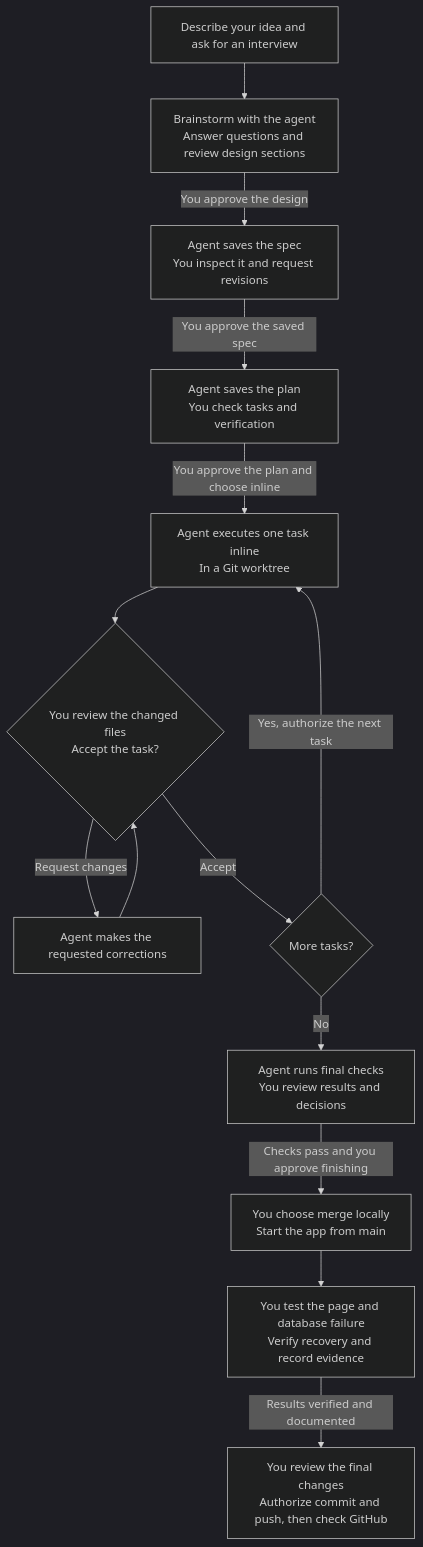
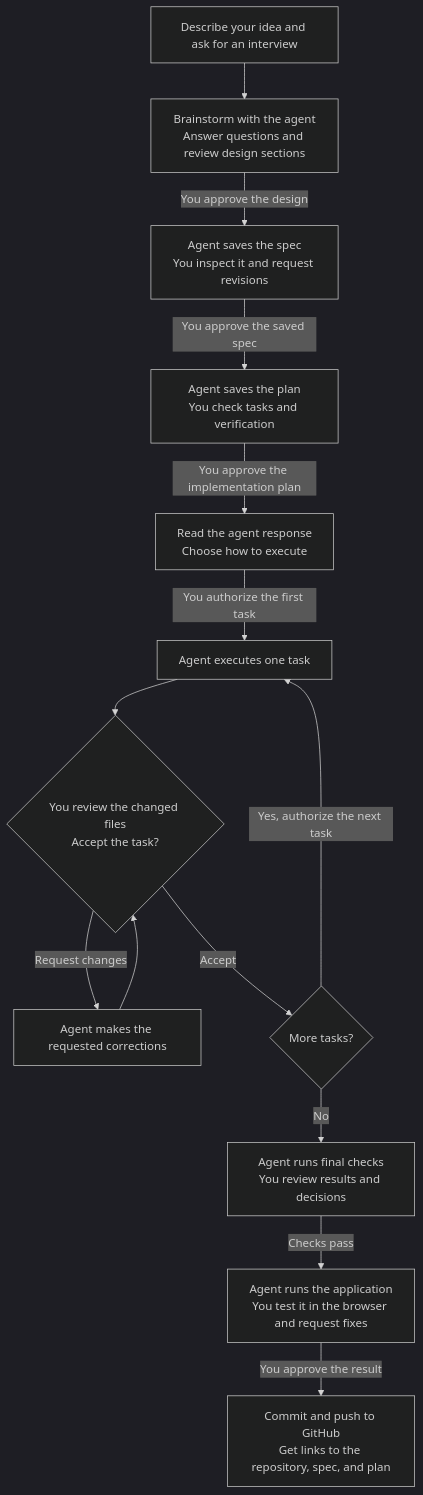
One commit to LMU-ISBA/isba-4775-fa26 changed the second of 2 diagrams in guides/resume-site-in-codespaces.md. Above: the diagram before and after it, drawn with Mermaid (dark theme). The commit also changed other lines of this file and 3 other files, not shown here.

Commit message:
Simplify Codespaces lesson and add browser review

````diff
--- a/guides/resume-site-in-codespaces.md
+++ b/guides/resume-site-in-codespaces.md
@@ -166,29 +195,29 @@
 ```mermaid
 flowchart TD
     idea["Describe your idea and ask for an interview"]
     design["Brainstorm with the agent<br/>Answer questions and review design sections"]
     spec["Agent saves the spec<br/>You inspect it and request revisions"]
     plan["Agent saves the plan<br/>You check tasks and verification"]
-    task["Agent executes one task inline<br/>In a Git worktree"]
+    execution["Read the agent response<br/>Choose how to execute"]
+    task["Agent executes one task"]
     review{"You review the changed files<br/>Accept the task?"}
     fix["Agent makes the requested corrections"]
     remaining{"More tasks?"}
     checks["Agent runs final checks<br/>You review results and decisions"]
-    merge["You choose merge locally<br/>Start the app from main"]
-    verify["You test the page and database failure<br/>Verify recovery and record evidence"]
-    publish["You review the final changes<br/>Authorize commit and push, then check GitHub"]
+    preview["Agent runs the application<br/>You test it in the browser and request fixes"]
+    publish["Commit and push to GitHub<br/>Get links to the repository, spec, and plan"]
 
     idea --> design
     design -->|You approve the design| spec
     spec -->|You approve the saved spec| plan
-    plan -->|You approve the plan and choose inline| task
+    plan -->|You approve the implementation plan| execution
+    execution -->|You authorize the first task| task
     task --> review
     review -->|Request changes| fix
     fix --> review
     review -->|Accept| remaining
     remaining -->|Yes, authorize the next task| task
     remaining -->|No| checks
-    checks -->|Checks pass and you approve finishing| merge
-    merge --> verify
-    verify -->|Results verified and documented| publish
+    checks -->|Checks pass| preview
+    preview -->|You approve the result| publish
 ```
````
